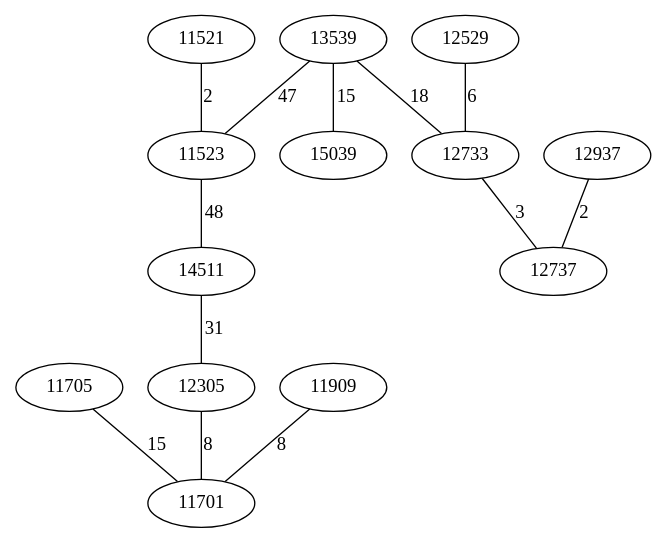
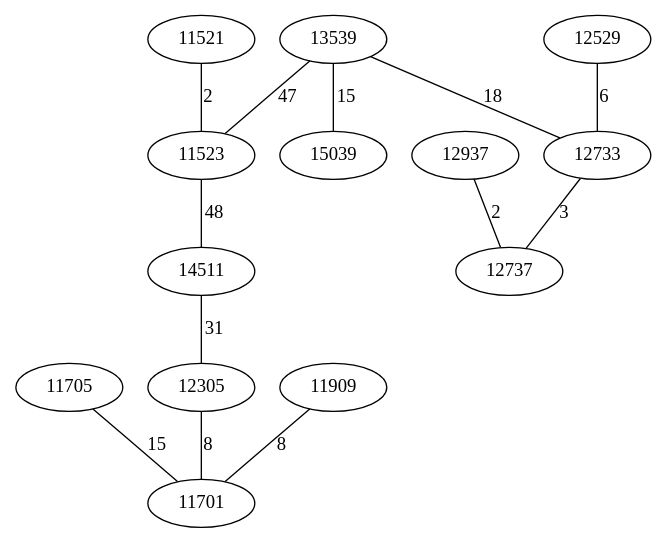
Before and after one commit to AsmNoob/Labyrinthe: the diagram in Graph.dot, drawn with Graphviz. The commit also changed other lines of this file and 1 other file, not shown here.

Commit message:
[graph] rien de bien concluant for now

```diff
--- a/Graph.dot
+++ b/Graph.dot
@@ -1,16 +1,16 @@
 graph chemin {
 
 	11705 -- 11701 [label=15]
-	13539 -- 15039 [label=15]
 	13539 -- 12733 [label=18]
 	13539 -- 11523 [label=47]
+	13539 -- 15039 [label=15]
 	12937 -- 12737 [label=2]
 	11521 -- 11523 [label=2]
 	11523 -- 14511 [label=48]
 	14511 -- 12305 [label=31]
 	12529 -- 12733 [label=6]
 	11909 -- 11701 [label=8]
 	12305 -- 11701 [label=8]
 	12733 -- 12737 [label=3]
 
 }
```
